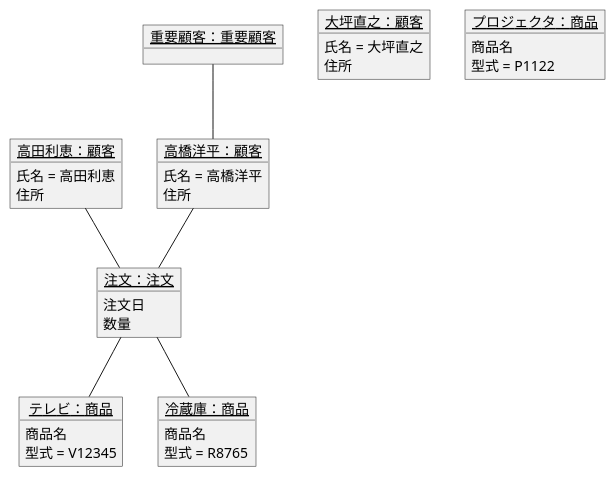
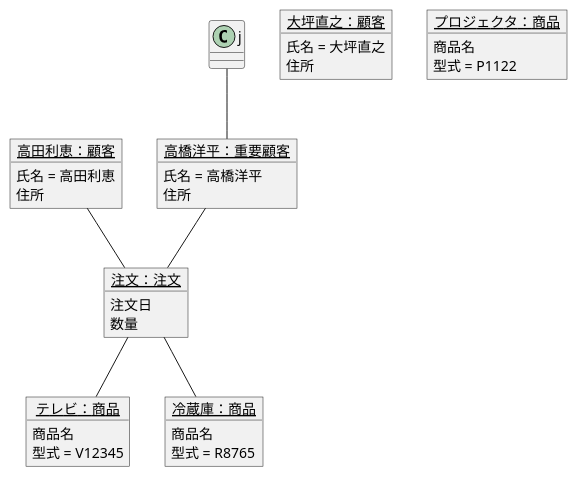
Before and after one commit to eumura123/uml-introduction: the diagram in 演習3-7_OBJ_注文のオブジェクト図.pu, drawn with PlantUML. The commit also changed 1 other file, not shown here.

```diff
--- a/演習3-7_OBJ_注文のオブジェクト図.pu
+++ b/演習3-7_OBJ_注文のオブジェクト図.pu
@@ -1,38 +1,35 @@
 @startuml  
-object "<u>高橋洋平：顧客</u>" as k1{
+object "<u>高橋洋平：重要顧客</u>" as k1{
 氏名 = 高橋洋平
 住所
 }
 object "<u>高田利恵：顧客</u>" as k2{
 氏名 = 高田利恵
 住所
 }
 object "<u>大坪直之：顧客</u>" as k3{
 氏名 = 大坪直之
 住所
 }
 object "<u>テレビ：商品</u>" as s1{
 商品名
 型式 = V12345
 }
 object "<u>冷蔵庫：商品</u>" as s2{
 商品名
 型式 = R8765
 }
 object "<u>プロジェクタ：商品</u>" as s3{
 商品名
 型式 = P1122
 }
 object "<u>注文：注文</u>" as t1{
 注文日
 数量
 }
-object "<u>重要顧客：重要顧客</u>" as j{
-
-}
 j -- k1
 k1 -- t1
 k2 -- t1
 t1 -- s1
 t1 -- s2
 @enduml
```
